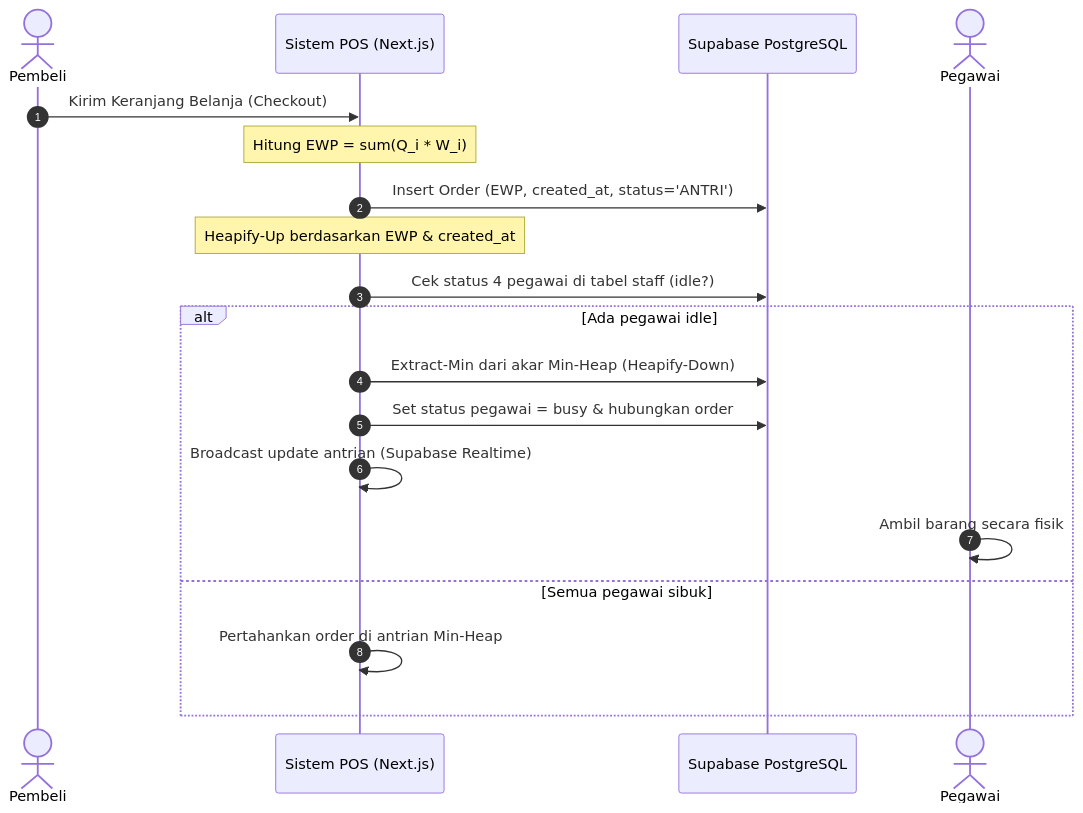
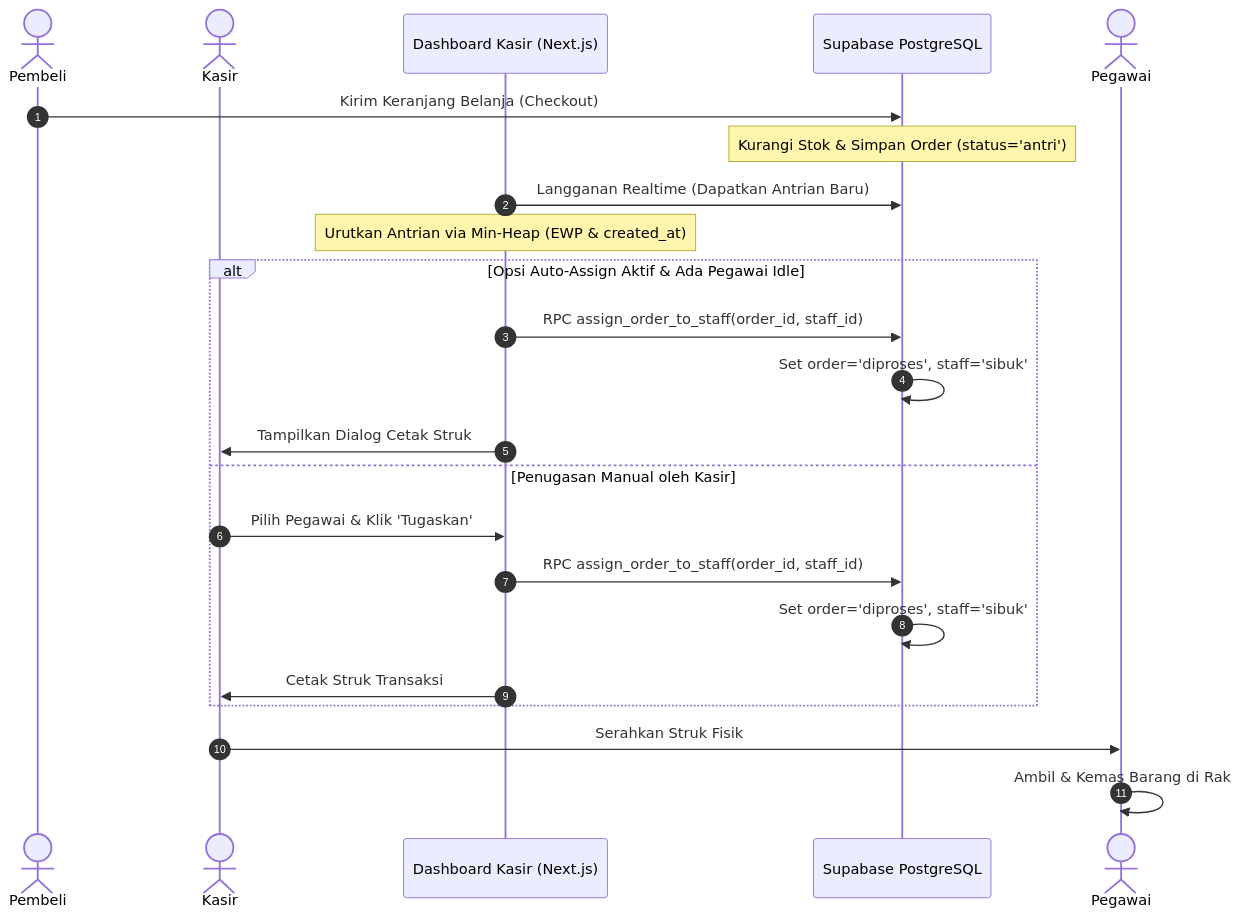
One commit to Skripsi-Zuyyin-Zafirah/pos_grosir changed the third of 4 diagrams in Dokumen/New/Rancangan.md. Above: the diagram before and after it, drawn with Mermaid. The commit also changed other lines of this file and 1 other file, not shown here.

````diff
--- a/Dokumen/New/Rancangan.md
+++ b/Dokumen/New/Rancangan.md
@@ -100,22 +100,28 @@
 ```mermaid
 sequenceDiagram
     autonumber
     actor Pembeli
-    participant Sistem as Sistem POS (Next.js)
+    actor Kasir
+    participant Sistem as Dashboard Kasir (Next.js)
     participant DB as Supabase PostgreSQL
     actor Pegawai
     
-    Pembeli->>Sistem: Kirim Keranjang Belanja (Checkout)
-    Note over Sistem: Hitung EWP = sum(Q_i * W_i)
-    Sistem->>DB: Insert Order (EWP, created_at, status='ANTRI')
-    Note over Sistem: Heapify-Up berdasarkan EWP & created_at
-    Sistem->>DB: Cek status 4 pegawai di tabel staff (idle?)
-    alt Ada pegawai idle
-        Sistem->>DB: Extract-Min dari akar Min-Heap (Heapify-Down)
-        Sistem->>DB: Set status pegawai = busy & hubungkan order
-        Sistem->>Sistem: Broadcast update antrian (Supabase Realtime)
-        Pegawai->>Pegawai: Ambil barang secara fisik
-    else Semua pegawai sibuk
-        Sistem->>Sistem: Pertahankan order di antrian Min-Heap
+    Pembeli->>DB: Kirim Keranjang Belanja (Checkout)
+    Note over DB: Kurangi Stok & Simpan Order (status='antri')
+    Sistem->>DB: Langganan Realtime (Dapatkan Antrian Baru)
+    Note over Sistem: Urutkan Antrian via Min-Heap (EWP & created_at)
+    
+    alt Opsi Auto-Assign Aktif & Ada Pegawai Idle
+        Sistem->>DB: RPC assign_order_to_staff(order_id, staff_id)
+        DB->>DB: Set order='diproses', staff='sibuk'
+        Sistem->>Kasir: Tampilkan Dialog Cetak Struk
+    else Penugasan Manual oleh Kasir
+        Kasir->>Sistem: Pilih Pegawai & Klik 'Tugaskan'
+        Sistem->>DB: RPC assign_order_to_staff(order_id, staff_id)
+        DB->>DB: Set order='diproses', staff='sibuk'
+        Sistem->>Kasir: Cetak Struk Transaksi
     end
+    
+    Kasir->>Pegawai: Serahkan Struk Fisik
+    Pegawai->>Pegawai: Ambil & Kemas Barang di Rak
 ```
````
